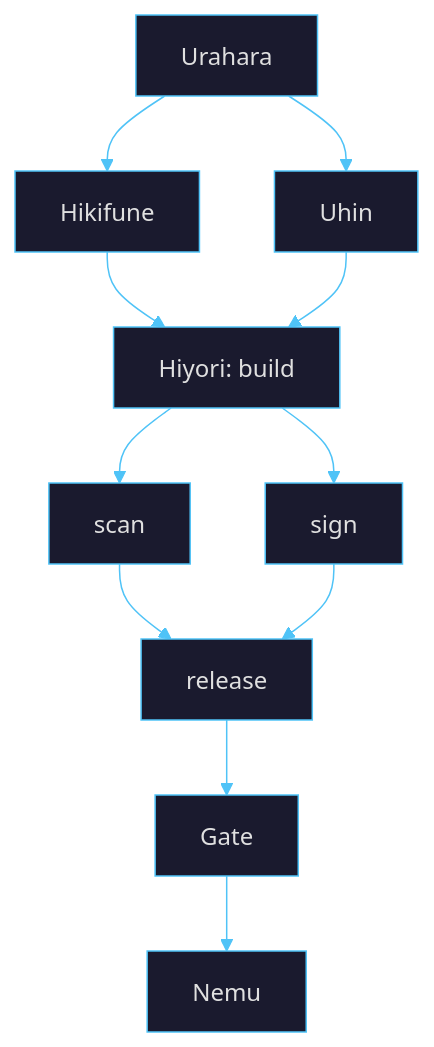
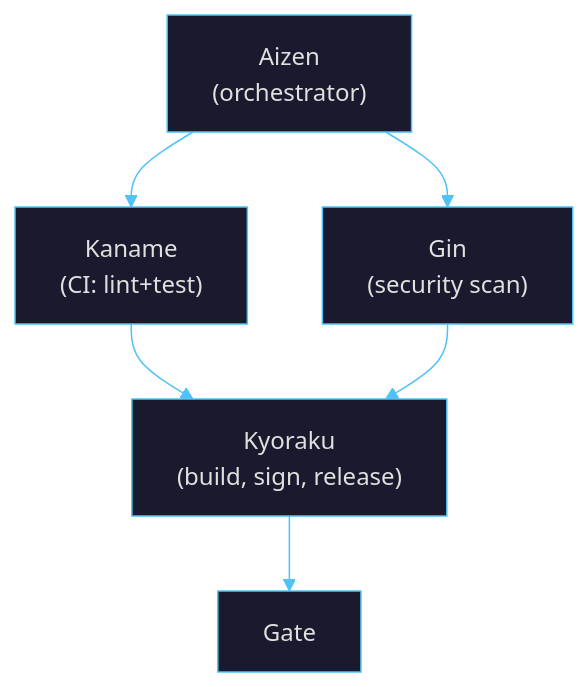
The second of 2 diagrams in README.md (borninthedark/exousia), drawn with Mermaid before and after one commit. The commit also changed other lines of this file and 11 other files, not shown here.

Commit message:
chore: remove flower references, update README spacing, and add Bibata credit

````diff
--- a/README.md
+++ b/README.md
@@ -135,10 +84,9 @@
 ```mermaid
 %%{init: {'theme': 'base', 'themeVariables': {'primaryColor': '#1a1a2e', 'primaryTextColor': '#e0e0e0', 'primaryBorderColor': '#4fc3f7', 'lineColor': '#4fc3f7', 'secondaryColor': '#16213e', 'tertiaryColor': '#0f3460', 'edgeLabelBackground': '#1a1a2e'}}}%%
 graph TD
-    A["Urahara"] --> B["Hikifune"] & C["Uhin"]
-    B & C --> K["Hiyori: build"]
-    K --> S["scan"] & SG["sign"]
-    S & SG --> R["release"]
-    R --> G["Gate"]
-    G --> Y["Nemu"]
+    A["Aizen<br/>(orchestrator)"] --> B["Kaname<br/>(CI: lint+test)"]
+    A --> C["Gin<br/>(security scan)"]
+    B --> D["Kyoraku<br/>(build, sign, release)"]
+    C --> D
+    D --> E["Gate"]
 ```
````
